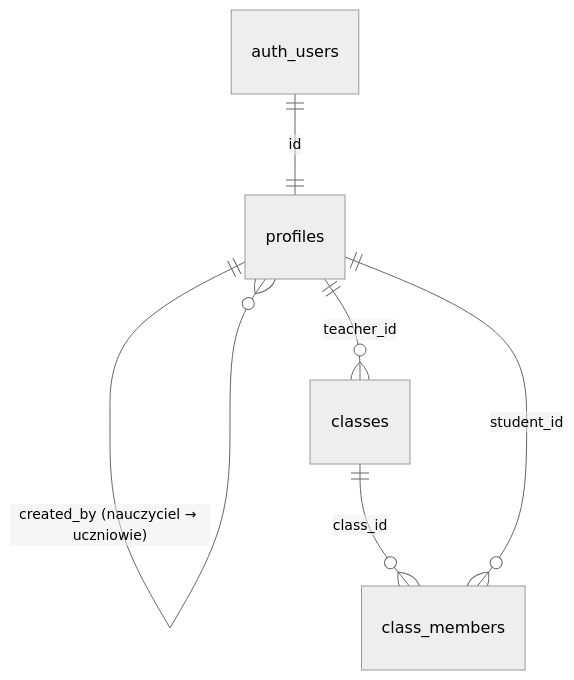
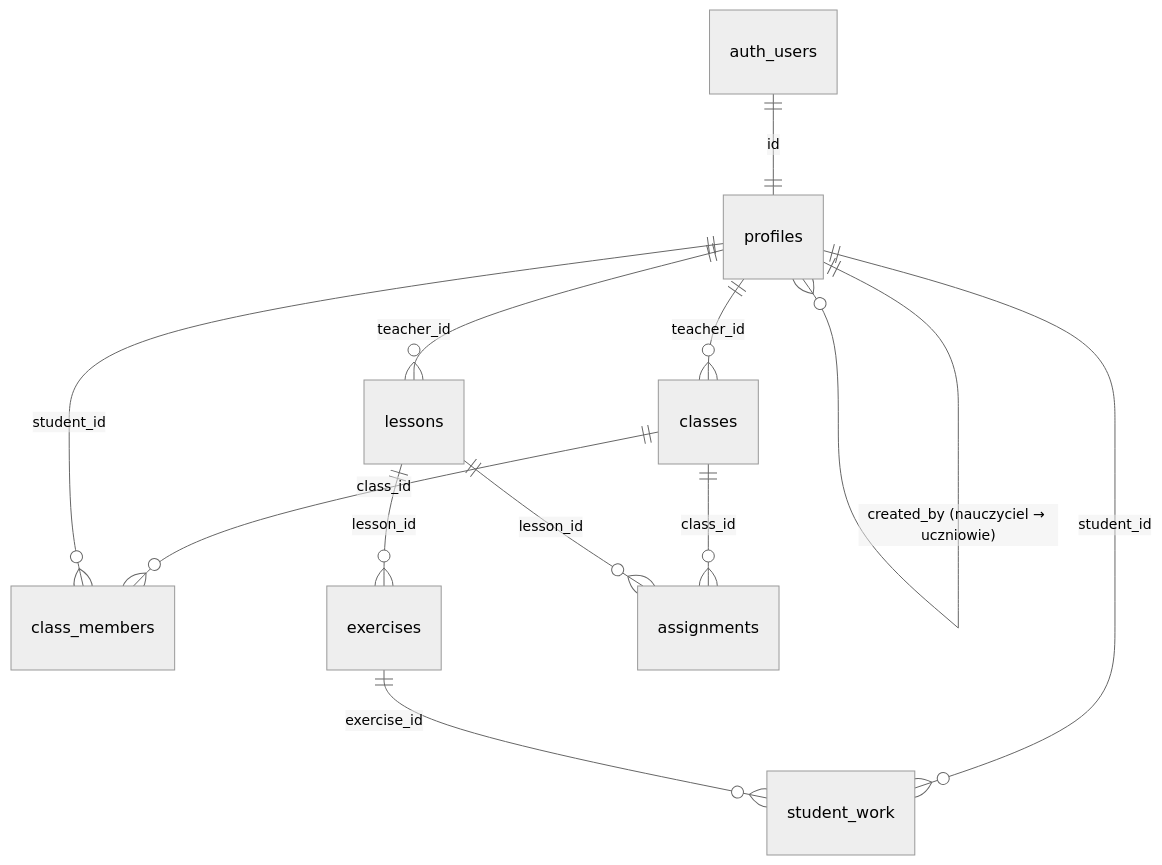
The diagram in docs/database.md (JakubZdankowski/platforma-python), drawn with Mermaid (neutral theme) before and after one commit. The commit also changed other lines of this file and 42 other files, not shown here.

Commit message:
feat: add lessons, saved student work and live teacher view with compact UI

````diff
--- a/docs/database.md
+++ b/docs/database.md
@@ -7,8 +7,14 @@
 ```mermaid
 erDiagram
   auth_users ||--|| profiles : "id"
   profiles ||--o{ profiles : "created_by (nauczyciel → uczniowie)"
   profiles ||--o{ classes : "teacher_id"
   classes ||--o{ class_members : "class_id"
   profiles ||--o{ class_members : "student_id"
+  profiles ||--o{ lessons : "teacher_id"
+  lessons ||--o{ exercises : "lesson_id"
+  classes ||--o{ assignments : "class_id"
+  lessons ||--o{ assignments : "lesson_id"
+  profiles ||--o{ student_work : "student_id"
+  exercises ||--o{ student_work : "exercise_id"
 ```
````
